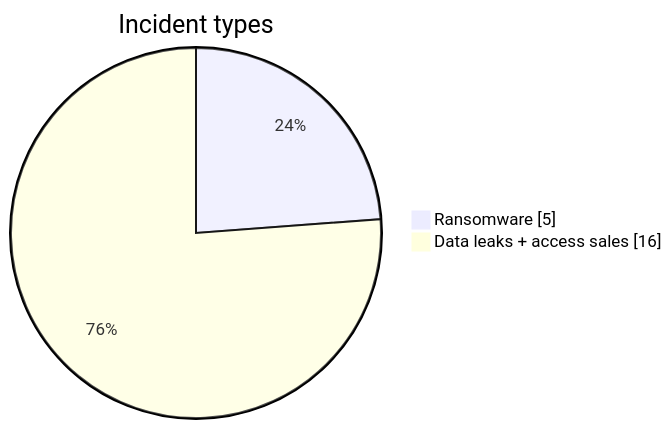
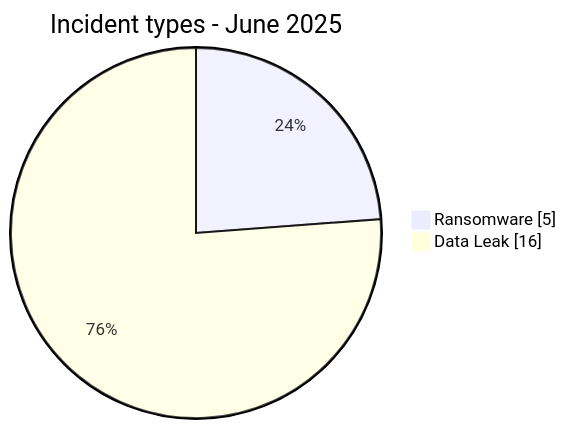
One commit to Hatchepsoute/AFRINTEL changed the first of 3 diagrams in CyberAttackAfrica/2025/06-june/README.md. Above: the diagram before and after it, drawn with Mermaid. The commit also changed other lines of this file and 35 other files, not shown here.

````diff
--- a/CyberAttackAfrica/2025/06-june/README.md
+++ b/CyberAttackAfrica/2025/06-june/README.md
@@ -128,6 +67,6 @@
 ```mermaid
 pie showData
-    title Incident types
+    title Incident types - June 2025
     "Ransomware" : 5
-    "Data leaks + access sales" : 16
+    "Data Leak" : 16
 ```
````
